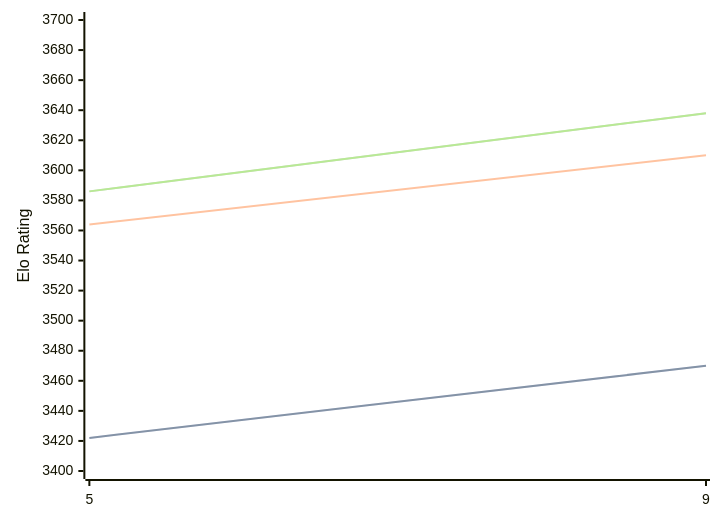
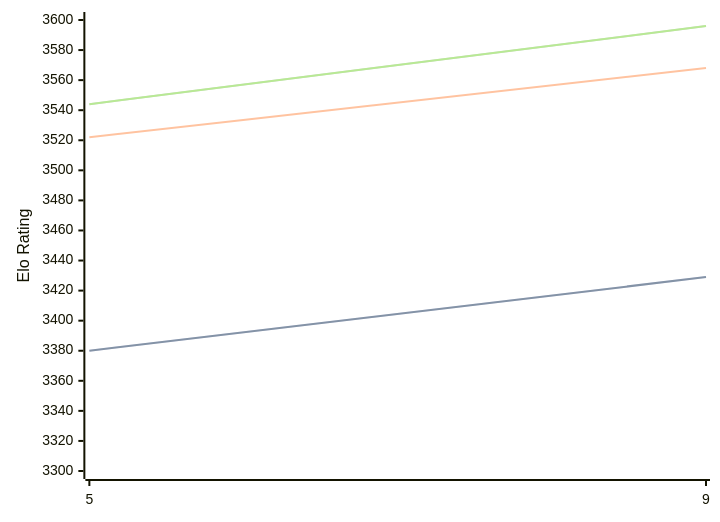
One commit to computer-chess-index/cci changed the diagram in engines/Crystal.md. Above: the diagram before and after it, drawn with Mermaid. The commit also changed other lines of this file, not shown here.

Commit message:
Update CCI Ratings (ELO VLTC) - 2026-05-19

````diff
--- a/engines/Crystal.md
+++ b/engines/Crystal.md
@@ -60,11 +60,11 @@
 ```mermaid
 %%{init: {"theme":"base","themeVariables":{"seriesColors:['#a3a3a3','#222221','#faa371']}}}%%
 xychart-beta
   x-axis ["5", "9"]
-  y-axis "Elo Rating" 3400 --> 3700
-  line "STC (8.0+0.08s)" [3422, 3470]
-  line "STC (8.0+0.08s)" [3422, 3470]
-  line "LTC (60.0+0.60s)" [3564, 3610]
-  line "VLTC (2m24s+1.12s)" [3586, 3638]
-  line "VLTC (2m24s+1.12s)" [3586, 3638]
+  y-axis "Elo Rating" 3300 --> 3600
+  line "STC (8.0+0.08s)" [3380, 3429]
+  line "STC (8.0+0.08s)" [3380, 3429]
+  line "LTC (60.0+0.60s)" [3522, 3568]
+  line "VLTC (2m24s+1.12s)" [3544, 3596]
+  line "VLTC (2m24s+1.12s)" [3544, 3596]
 ```
````
